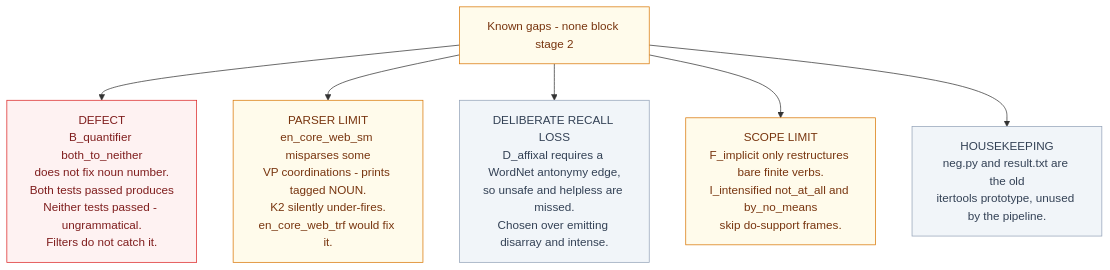
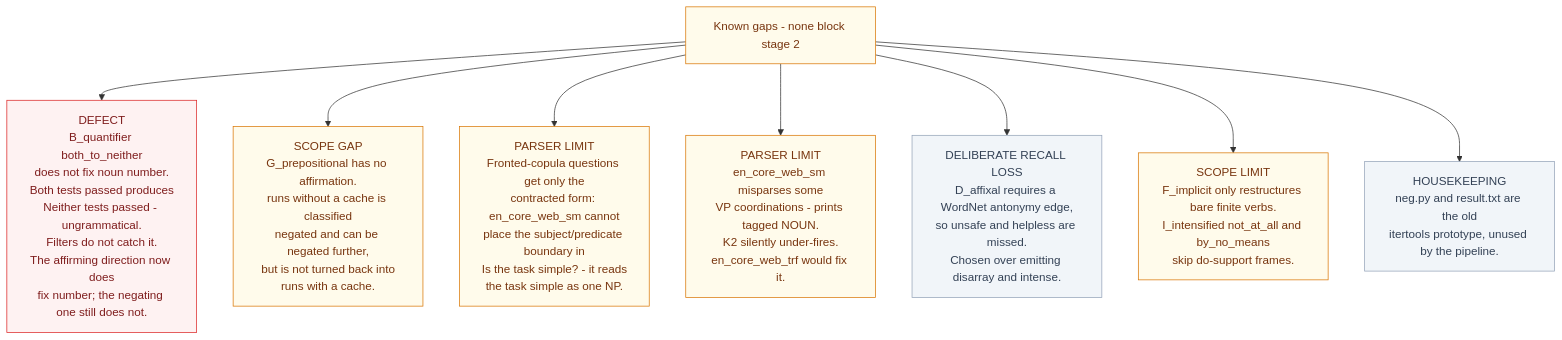
One commit to aryansharma2k4/negation-evaluation changed the fifth of 6 diagrams in docs/status.md. Above: the diagram before and after it, drawn with Mermaid. The commit also changed other lines of this file, not shown here.

````diff
--- a/docs/status.md
+++ b/docs/status.md
@@ -90,22 +123,26 @@
 ```mermaid
 flowchart TD
     OPEN["Known gaps - none block stage 2"]
 
-    OPEN --> BUG["DEFECT<br/>B_quantifier both_to_neither<br/>does not fix noun number.<br/>Both tests passed produces<br/>Neither tests passed - ungrammatical.<br/>Filters do not catch it."]
+    OPEN --> BUG["DEFECT<br/>B_quantifier both_to_neither<br/>does not fix noun number.<br/>Both tests passed produces<br/>Neither tests passed - ungrammatical.<br/>Filters do not catch it.<br/>The affirming direction now does<br/>fix number; the negating one still does not."]
+
+    OPEN --> AFFIRMGAP["SCOPE GAP<br/>G_prepositional has no affirmation.<br/>runs without a cache is classified<br/>negated and can be negated further,<br/>but is not turned back into<br/>runs with a cache."]
+
+    OPEN --> QPARSE["PARSER LIMIT<br/>Fronted-copula questions get only the<br/>contracted form: en_core_web_sm cannot<br/>place the subject/predicate boundary in<br/>Is the task simple? - it reads<br/>the task simple as one NP."]
 
     OPEN --> PARSE["PARSER LIMIT<br/>en_core_web_sm misparses some<br/>VP coordinations - prints tagged NOUN.<br/>K2 silently under-fires.<br/>en_core_web_trf would fix it."]
 
     OPEN --> RECALL["DELIBERATE RECALL LOSS<br/>D_affixal requires a WordNet antonymy edge,<br/>so unsafe and helpless are missed.<br/>Chosen over emitting disarray and intense."]
 
     OPEN --> SCOPE["SCOPE LIMIT<br/>F_implicit only restructures bare finite verbs.<br/>I_intensified not_at_all and by_no_means<br/>skip do-support frames."]
 
     OPEN --> LEGACY["HOUSEKEEPING<br/>neg.py and result.txt are the old<br/>itertools prototype, unused by the pipeline."]
 
     classDef bug fill:#fef2f2,stroke:#dc2626,color:#7f1d1d
     classDef warn fill:#fffbeb,stroke:#d97706,color:#78350f
     classDef ok fill:#f1f5f9,stroke:#94a3b8,color:#334155
     class OPEN warn
     class BUG bug
-    class PARSE,SCOPE warn
+    class PARSE,SCOPE,QPARSE,AFFIRMGAP warn
     class RECALL,LEGACY ok
 ```
````
